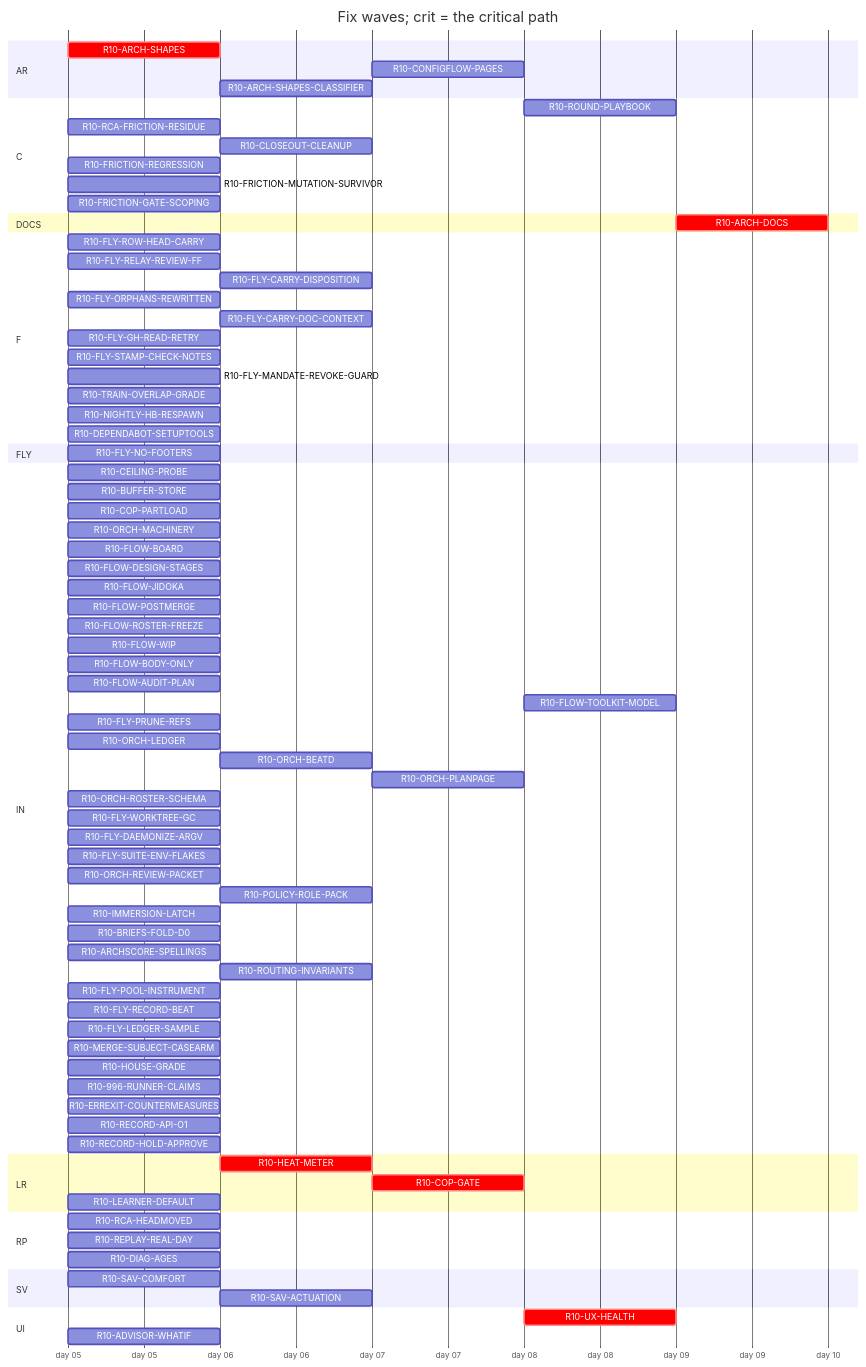
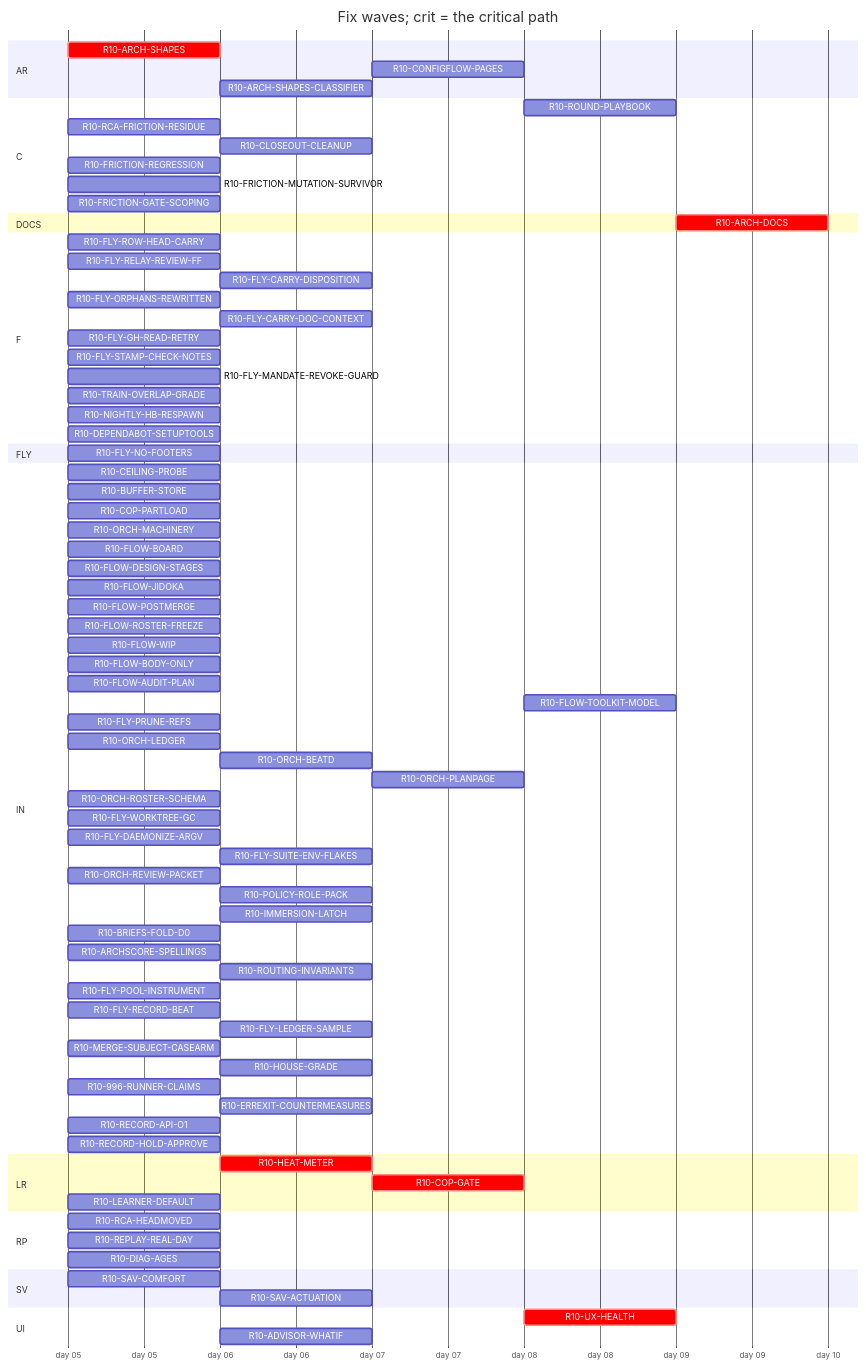
One commit to tvofi/heatpump_optimizer changed the diagram in handoff/round10/state/PLAN-TABLE.md. Above: the diagram before and after it, drawn with Mermaid. The commit also changed other lines of this file and 2 other files, not shown here.

````diff
--- a/handoff/round10/state/PLAN-TABLE.md
+++ b/handoff/round10/state/PLAN-TABLE.md
@@ -73,20 +73,20 @@
     R10-ORCH-ROSTER-SCHEMA :r10ORCHROSTERSCHEMA, 2026-01-05, 1d
     R10-FLY-WORKTREE-GC :r10FLYWORKTREEGC, 2026-01-05, 1d
     R10-FLY-DAEMONIZE-ARGV :r10FLYDAEMONIZEARGV, 2026-01-05, 1d
-    R10-FLY-SUITE-ENV-FLAKES :r10FLYSUITEENVFLAKES, 2026-01-05, 1d
+    R10-FLY-SUITE-ENV-FLAKES :r10FLYSUITEENVFLAKES, after r10SAVCOMFORT, 1d
     R10-ORCH-REVIEW-PACKET :r10ORCHREVIEWPACKET, 2026-01-05, 1d
     R10-POLICY-ROLE-PACK :r10POLICYROLEPACK, after r10FLOWDESIGNSTAGES, 1d
-    R10-IMMERSION-LATCH :r10IMMERSIONLATCH, 2026-01-05, 1d
+    R10-IMMERSION-LATCH :r10IMMERSIONLATCH, after r10ARCHSHAPES, 1d
     R10-BRIEFS-FOLD-D0 :r10BRIEFSFOLDD0, 2026-01-05, 1d
     R10-ARCHSCORE-SPELLINGS :r10ARCHSCORESPELLINGS, 2026-01-05, 1d
     R10-ROUTING-INVARIANTS :r10ROUTINGINVARIANTS, after r10ORCHROSTERSCHEMA, 1d
     R10-FLY-POOL-INSTRUMENT :r10FLYPOOLINSTRUMENT, 2026-01-05, 1d
     R10-FLY-RECORD-BEAT :r10FLYRECORDBEAT, 2026-01-05, 1d
-    R10-FLY-LEDGER-SAMPLE :r10FLYLEDGERSAMPLE, 2026-01-05, 1d
+    R10-FLY-LEDGER-SAMPLE :r10FLYLEDGERSAMPLE, after r10ARCHSHAPES, 1d
     R10-MERGE-SUBJECT-CASEARM :r10MERGESUBJECTCASEARM, 2026-01-05, 1d
-    R10-HOUSE-GRADE :r10HOUSEGRADE, 2026-01-05, 1d
+    R10-HOUSE-GRADE :r10HOUSEGRADE, after r10ARCHSHAPES, 1d
     R10-996-RUNNER-CLAIMS :r10996RUNNERCLAIMS, 2026-01-05, 1d
-    R10-ERREXIT-COUNTERMEASURES :r10ERREXITCOUNTERMEASURES, 2026-01-05, 1d
+    R10-ERREXIT-COUNTERMEASURES :r10ERREXITCOUNTERMEASURES, after r10ARCHSHAPES, 1d
     R10-RECORD-API-O1 :r10RECORDAPIO1, 2026-01-05, 1d
     R10-RECORD-HOLD-APPROVE :r10RECORDHOLDAPPROVE, 2026-01-05, 1d
   section LR
@@ -101,6 +101,6 @@
     R10-SAV-COMFORT :r10SAVCOMFORT, 2026-01-05, 1d
     R10-SAV-ACTUATION :r10SAVACTUATION, after r10SAVCOMFORT, 1d
   section UI
-    R10-UX-HEALTH :crit, r10UXHEALTH, after r10COPGATE r10HEATMETER, 1d
-    R10-ADVISOR-WHATIF :r10ADVISORWHATIF, 2026-01-05, 1d
+    R10-UX-HEALTH :crit, r10UXHEALTH, after r10COPGATE r10HEATMETER r10SAVCOMFORT, 1d
+    R10-ADVISOR-WHATIF :r10ADVISORWHATIF, after r10SAVCOMFORT, 1d
 ```
````
